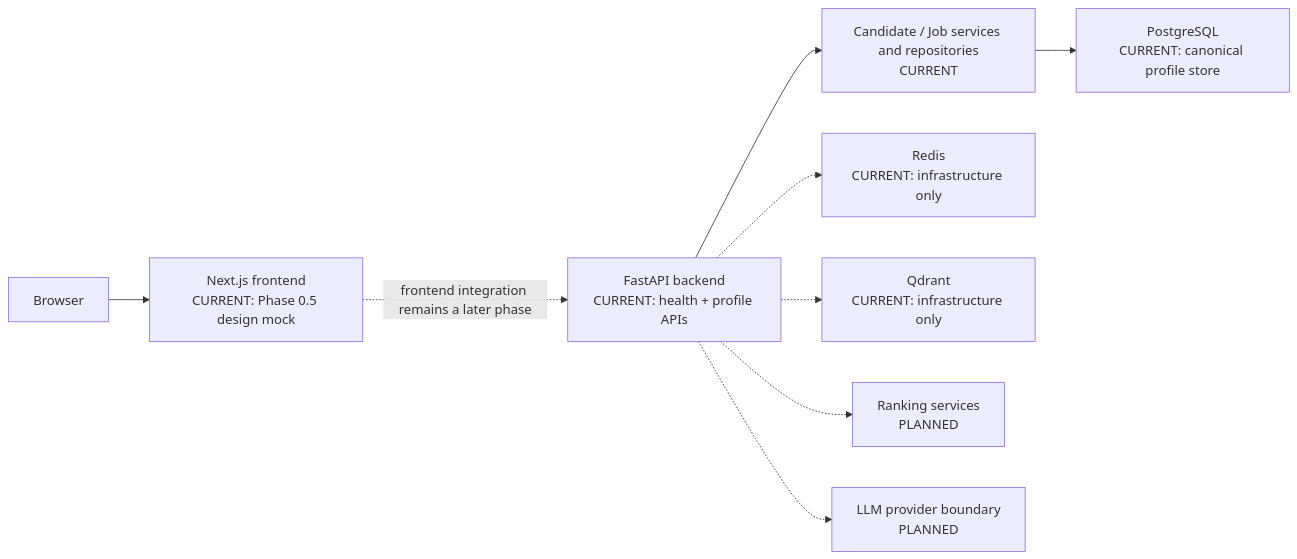
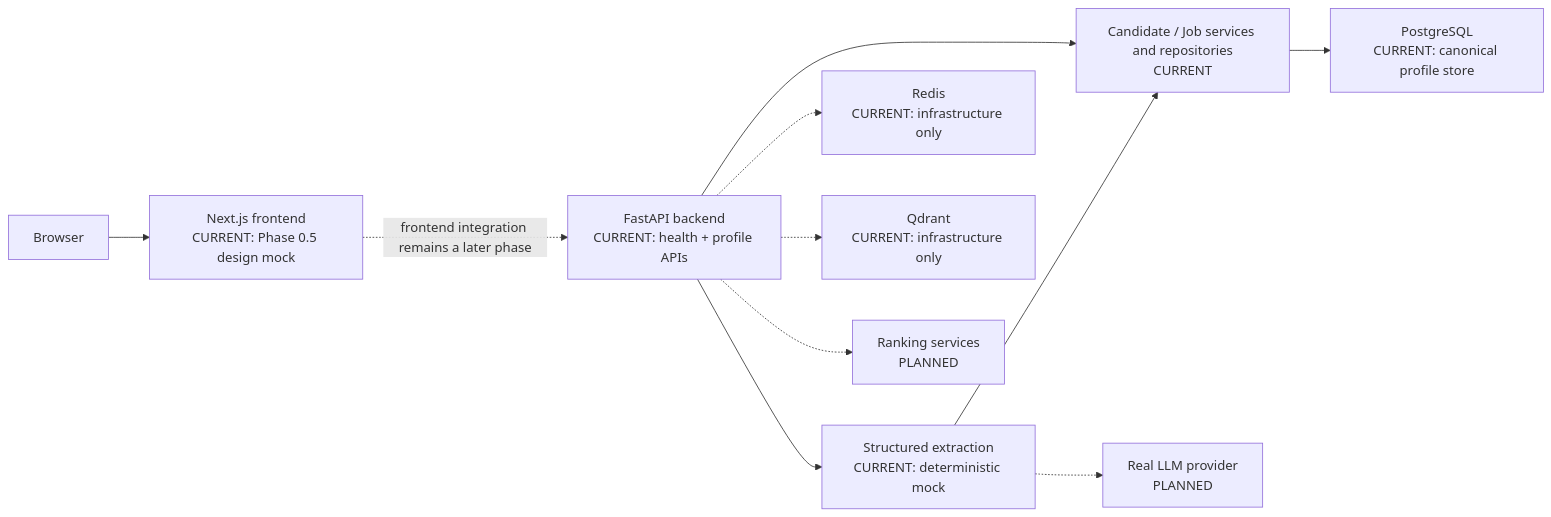
Before and after one commit to rM0on/peoplematch-agent: the second of 2 diagrams in README.md, drawn with Mermaid. The commit also changed other lines of this file and 36 other files, not shown here.

Commit message:
feat: add structured profile extraction pipeline

````diff
--- a/README.md
+++ b/README.md
@@ -59,11 +59,13 @@
 ```mermaid
 flowchart LR
     Browser["Browser"] --> Web["Next.js frontend\nCURRENT: Phase 0.5 design mock"]
     Web -. "frontend integration remains a later phase" .-> API["FastAPI backend\nCURRENT: health + profile APIs"]
-    API --> Domain["Candidate / Job services and repositories\nCURRENT"]
+    API --> Extract["Structured extraction\nCURRENT: deterministic mock"]
+    Extract --> Domain["Candidate / Job services and repositories\nCURRENT"]
+    API --> Domain
     Domain --> PG["PostgreSQL\nCURRENT: canonical profile store"]
     API -.-> Redis["Redis\nCURRENT: infrastructure only"]
     API -.-> Qdrant["Qdrant\nCURRENT: infrastructure only"]
     API -.-> Matching["Ranking services\nPLANNED"]
-    API -.-> AI["LLM provider boundary\nPLANNED"]
+    Extract -.-> AI["Real LLM provider\nPLANNED"]
 ```
````
